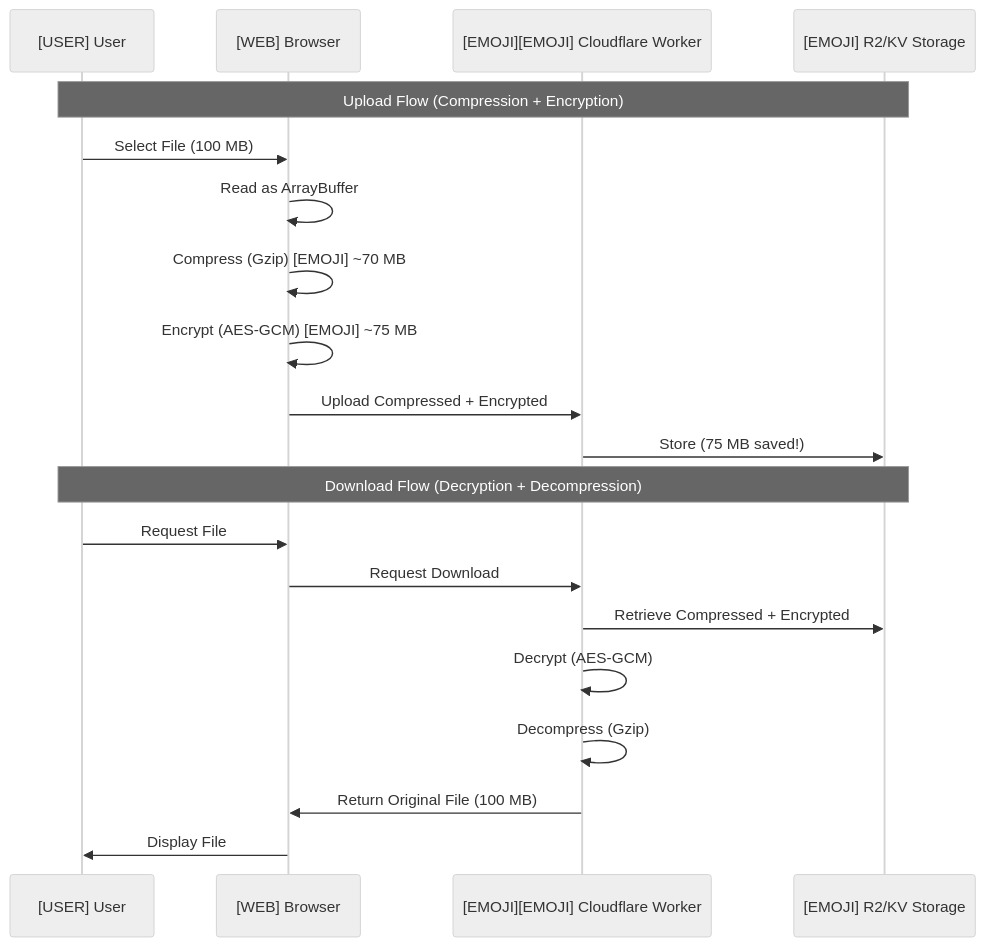
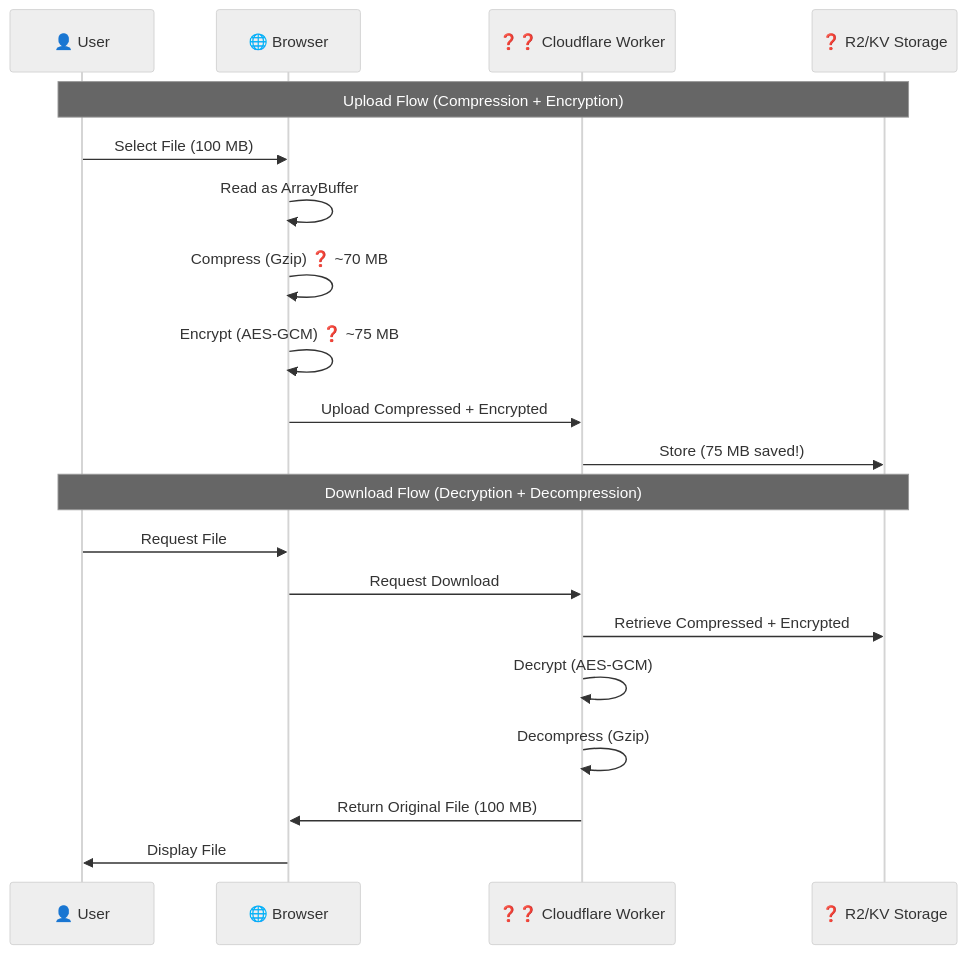
Before and after one commit to Underwood-Inc/strixun-stream-suite: the third of 3 diagrams in serverless/shared/encryption/README.md, drawn with Mermaid (neutral theme). The commit also changed other lines of this file and 483 other files, not shown here.

````diff
--- a/serverless/shared/encryption/README.md
+++ b/serverless/shared/encryption/README.md
@@ -470,24 +470,24 @@
 ```mermaid
 sequenceDiagram
-    participant User as [USER] User
-    participant Browser as [WEB] Browser
-    participant Worker as [EMOJI][EMOJI] Cloudflare Worker
-    participant Storage as [EMOJI] R2/KV Storage
+    participant User as 👤 User
+    participant Browser as 🌐 Browser
+    participant Worker as ❓❓ Cloudflare Worker
+    participant Storage as ❓ R2/KV Storage
     
     Note over User,Storage: Upload Flow (Compression + Encryption)
     User->>Browser: Select File (100 MB)
     Browser->>Browser: Read as ArrayBuffer
-    Browser->>Browser: Compress (Gzip) [EMOJI] ~70 MB
-    Browser->>Browser: Encrypt (AES-GCM) [EMOJI] ~75 MB
+    Browser->>Browser: Compress (Gzip) ❓ ~70 MB
+    Browser->>Browser: Encrypt (AES-GCM) ❓ ~75 MB
     Browser->>Worker: Upload Compressed + Encrypted
     Worker->>Storage: Store (75 MB saved!)
     
     Note over User,Storage: Download Flow (Decryption + Decompression)
     User->>Browser: Request File
     Browser->>Worker: Request Download
     Worker->>Storage: Retrieve Compressed + Encrypted
     Worker->>Worker: Decrypt (AES-GCM)
     Worker->>Worker: Decompress (Gzip)
     Worker->>Browser: Return Original File (100 MB)
     Browser->>User: Display File
 ```
````
